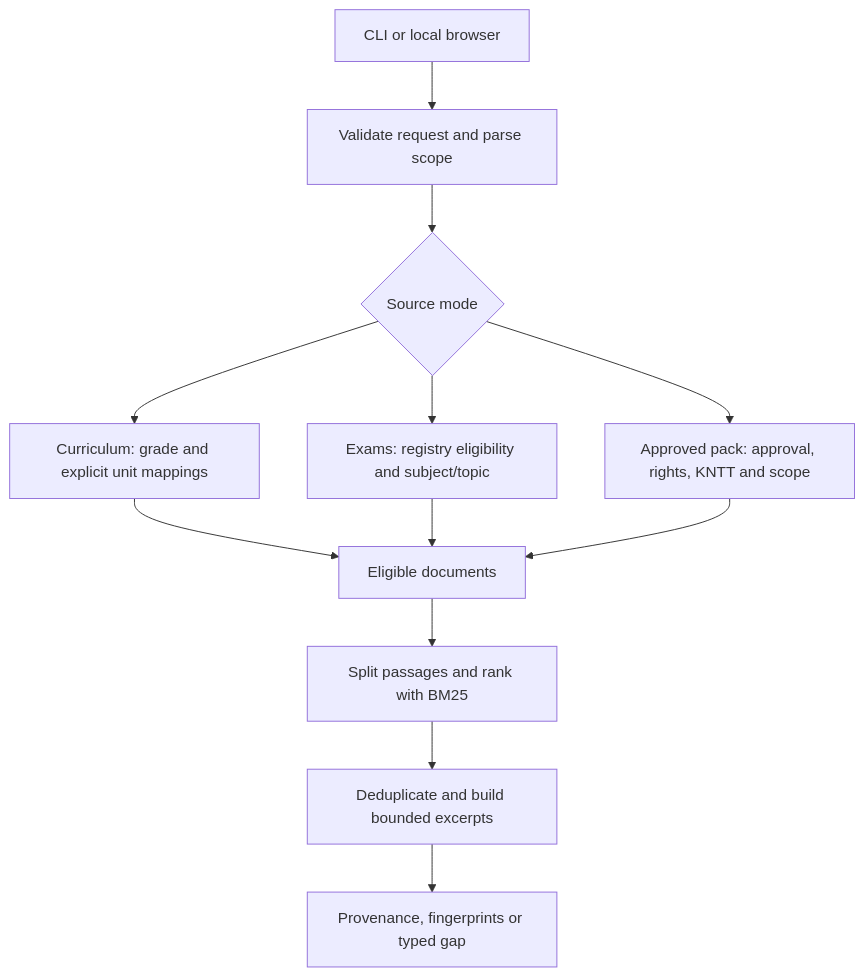
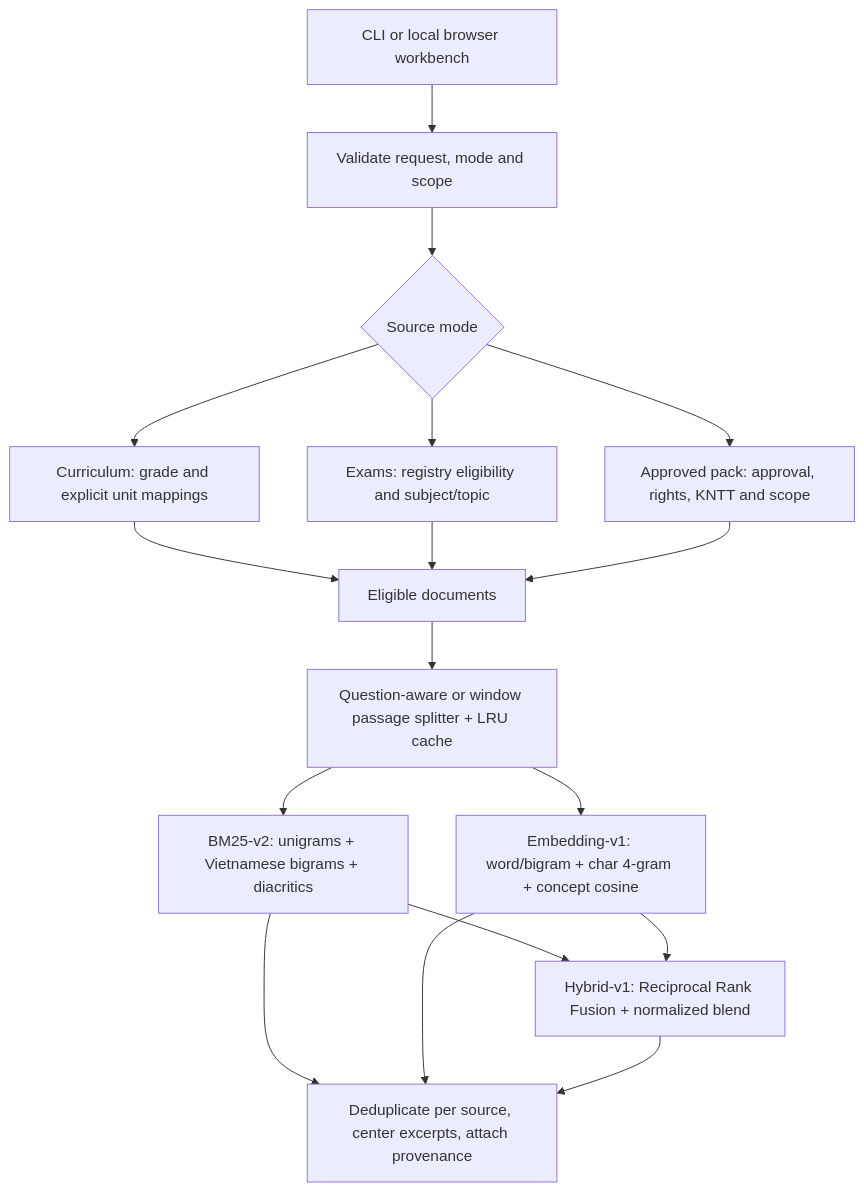
One commit to ndmhuy/ASTRA changed the diagram in docs/rag-workflow.md. Above: the diagram before and after it, drawn with Mermaid. The commit also changed other lines of this file and 1 other file, not shown here.

Commit message:
docs(rag): document embedding/hybrid modes, benchmark metrics and workbench UI

````diff
--- a/docs/rag-workflow.md
+++ b/docs/rag-workflow.md
@@ -59,14 +59,19 @@
 ```mermaid
 flowchart TD
-    A[CLI or local browser] --> B[Validate request and parse scope]
+    A[CLI or local browser workbench] --> B[Validate request, mode and scope]
     B --> C{Source mode}
     C --> D[Curriculum: grade and explicit unit mappings]
     C --> E[Exams: registry eligibility and subject/topic]
     C --> F[Approved pack: approval, rights, KNTT and scope]
     D --> G[Eligible documents]
     E --> G
     F --> G
-    G --> H[Split passages and rank with BM25]
-    H --> I[Deduplicate and build bounded excerpts]
-    I --> J[Provenance, fingerprints or typed gap]
+    G --> H[Question-aware or window passage splitter + LRU cache]
+    H --> I1[BM25-v2: unigrams + Vietnamese bigrams + diacritics]
+    H --> I2[Embedding-v1: word/bigram + char 4-gram + concept cosine]
+    I1 --> I3[Hybrid-v1: Reciprocal Rank Fusion + normalized blend]
+    I2 --> I3
+    I1 --> J[Deduplicate per source, center excerpts, attach provenance]
+    I2 --> J
+    I3 --> J
 ```
````
